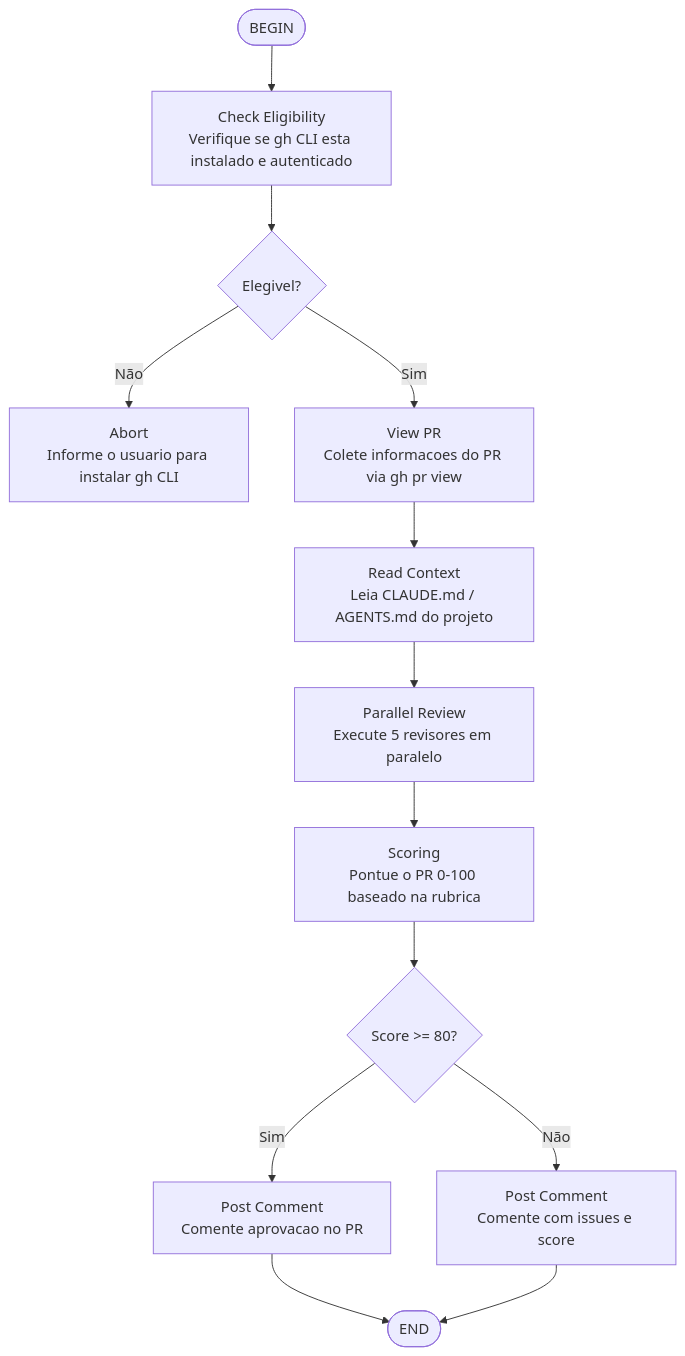
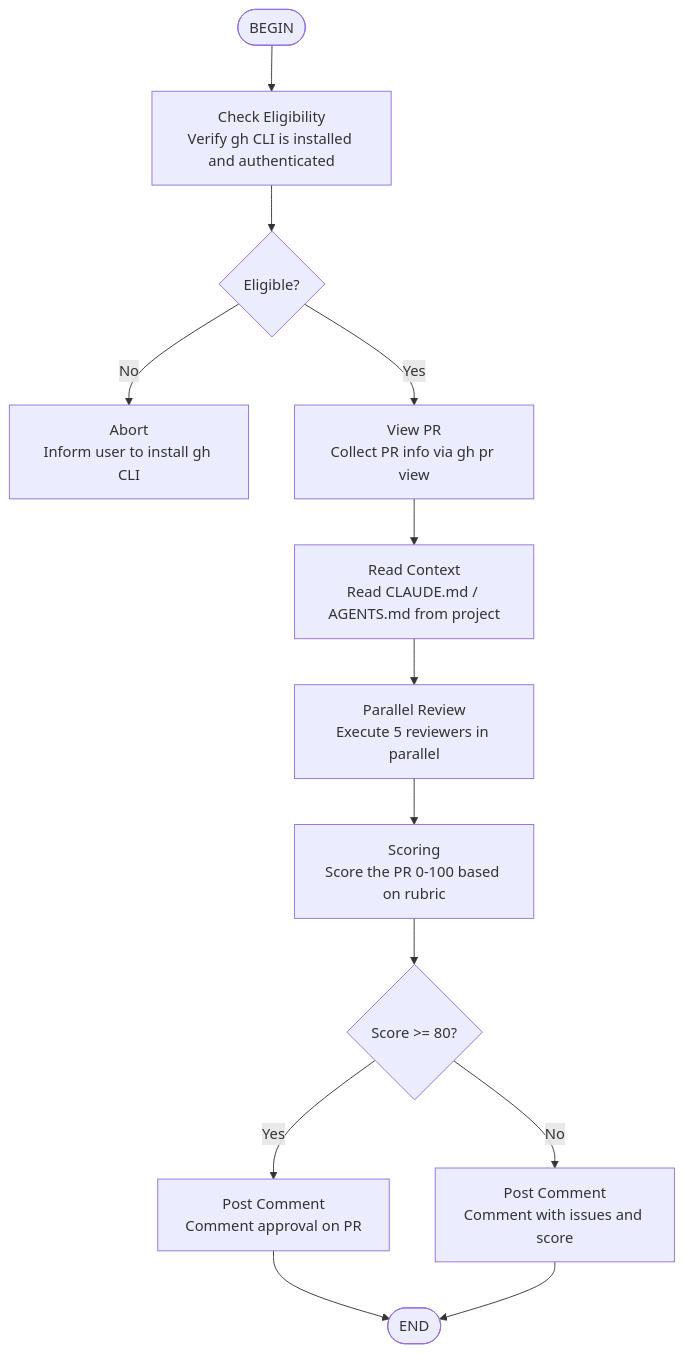
One commit to eduardoabreu81/everything-kimi-code changed the diagram in skills/github-code-reviewer/SKILL.md. Above: the diagram before and after it, drawn with Mermaid. The commit also changed other lines of this file and 8 other files, not shown here.

````diff
--- a/skills/github-code-reviewer/SKILL.md
+++ b/skills/github-code-reviewer/SKILL.md
@@ -11,15 +11,15 @@
 ```mermaid
 flowchart TD
-    A([BEGIN]) --> B[Check Eligibility<br/>Verifique se gh CLI esta instalado e autenticado]
-    B --> C{Elegivel?}
-    C -->|Não| D[Abort<br/>Informe o usuario para instalar gh CLI]
-    C -->|Sim| E[View PR<br/>Colete informacoes do PR via gh pr view]
-    E --> F[Read Context<br/>Leia CLAUDE.md / AGENTS.md do projeto]
-    F --> G[Parallel Review<br/>Execute 5 revisores em paralelo]
-    G --> H[Scoring<br/>Pontue o PR 0-100 baseado na rubrica]
+    A([BEGIN]) --> B[Check Eligibility<br/>Verify gh CLI is installed and authenticated]
+    B --> C{Eligible?}
+    C -->|No| D[Abort<br/>Inform user to install gh CLI]
+    C -->|Yes| E[View PR<br/>Collect PR info via gh pr view]
+    E --> F[Read Context<br/>Read CLAUDE.md / AGENTS.md from project]
+    F --> G[Parallel Review<br/>Execute 5 reviewers in parallel]
+    G --> H[Scoring<br/>Score the PR 0-100 based on rubric]
     H --> I{Score >= 80?}
-    I -->|Sim| J[Post Comment<br/>Comente aprovacao no PR]
-    I -->|Não| K[Post Comment<br/>Comente com issues e score]
+    I -->|Yes| J[Post Comment<br/>Comment approval on PR]
+    I -->|No| K[Post Comment<br/>Comment with issues and score]
     J --> L([END])
     K --> L
 ```
````
